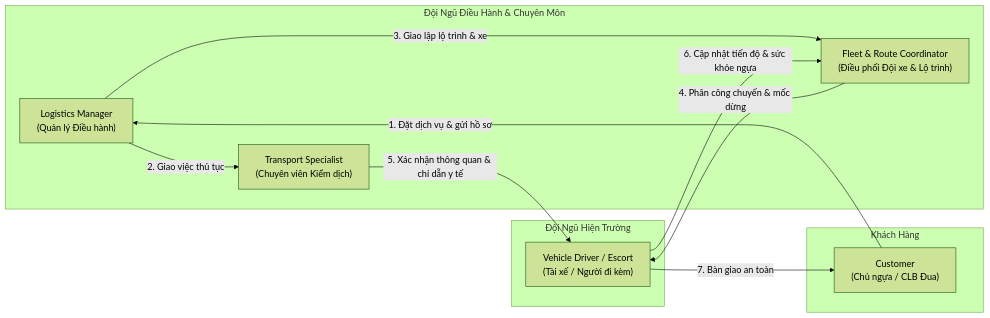
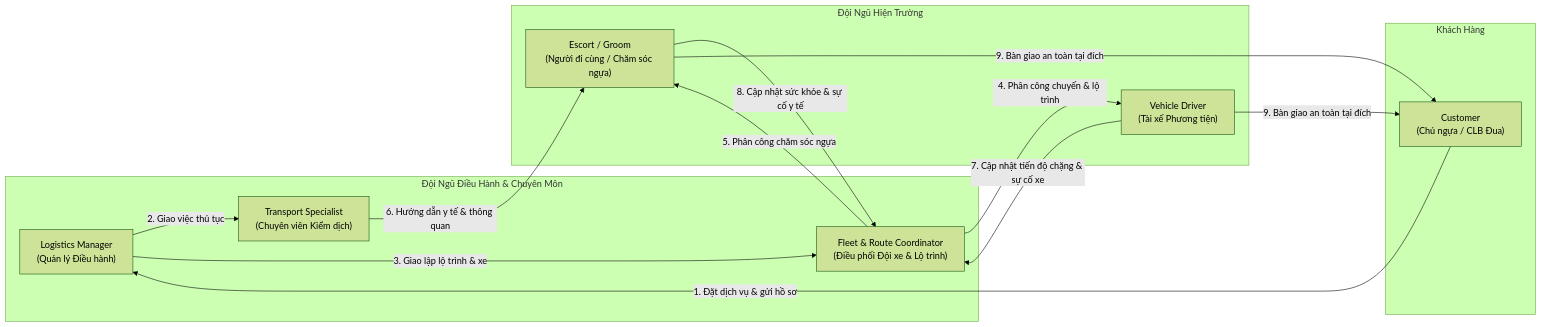
The first of 3 diagrams in swp391-pegaxus/Context/Racehorse_Transport_Context.md (161seconds/document-first-brief), drawn with Mermaid (forest theme) before and after one commit. The commit also changed other lines of this file and 6 other files, not shown here.

````diff
--- a/swp391-pegaxus/Context/Racehorse_Transport_Context.md
+++ b/swp391-pegaxus/Context/Racehorse_Transport_Context.md
@@ -34,24 +34,27 @@
 ```mermaid
 graph LR
     subgraph OperationsTeam["Đội Ngũ Điều Hành & Chuyên Môn"]
         LM["Logistics Manager<br/>(Quản lý Điều hành)"]
         TS["Transport Specialist<br/>(Chuyên viên Kiểm dịch)"]
         FRC["Fleet & Route Coordinator<br/>(Điều phối Đội xe & Lộ trình)"]
     end
 
     subgraph FieldTeam["Đội Ngũ Hiện Trường"]
-        VDE["Vehicle Driver / Escort<br/>(Tài xế / Người đi kèm)"]
+        DRV["Vehicle Driver<br/>(Tài xế Phương tiện)"]
+        ESC["Escort / Groom<br/>(Người đi cùng / Chăm sóc ngựa)"]
     end
 
     subgraph External["Khách Hàng"]
         CUST["Customer<br/>(Chủ ngựa / CLB Đua)"]
     end
 
     CUST -->|1. Đặt dịch vụ & gửi hồ sơ| LM
     LM -->|2. Giao việc thủ tục| TS
     LM -->|3. Giao lập lộ trình & xe| FRC
-    FRC -->|4. Phân công chuyến & mốc dừng| VDE
-    TS -->|5. Xác nhận thông quan & chỉ dẫn y tế| VDE
-    VDE -->|6. Cập nhật tiến độ & sức khỏe ngựa| FRC
-    VDE -->|7. Bàn giao an toàn| CUST
+    FRC -->|4. Phân công chuyến & lộ trình| DRV
+    FRC -->|5. Phân công chăm sóc ngựa| ESC
+    TS -->|6. Hướng dẫn y tế & thông quan| ESC
+    DRV -->|7. Cập nhật tiến độ chặng & sự cố xe| FRC
+    ESC -->|8. Cập nhật sức khỏe & sự cố y tế| FRC
+    DRV & ESC -->|9. Bàn giao an toàn tại đích| CUST
 ```
````
